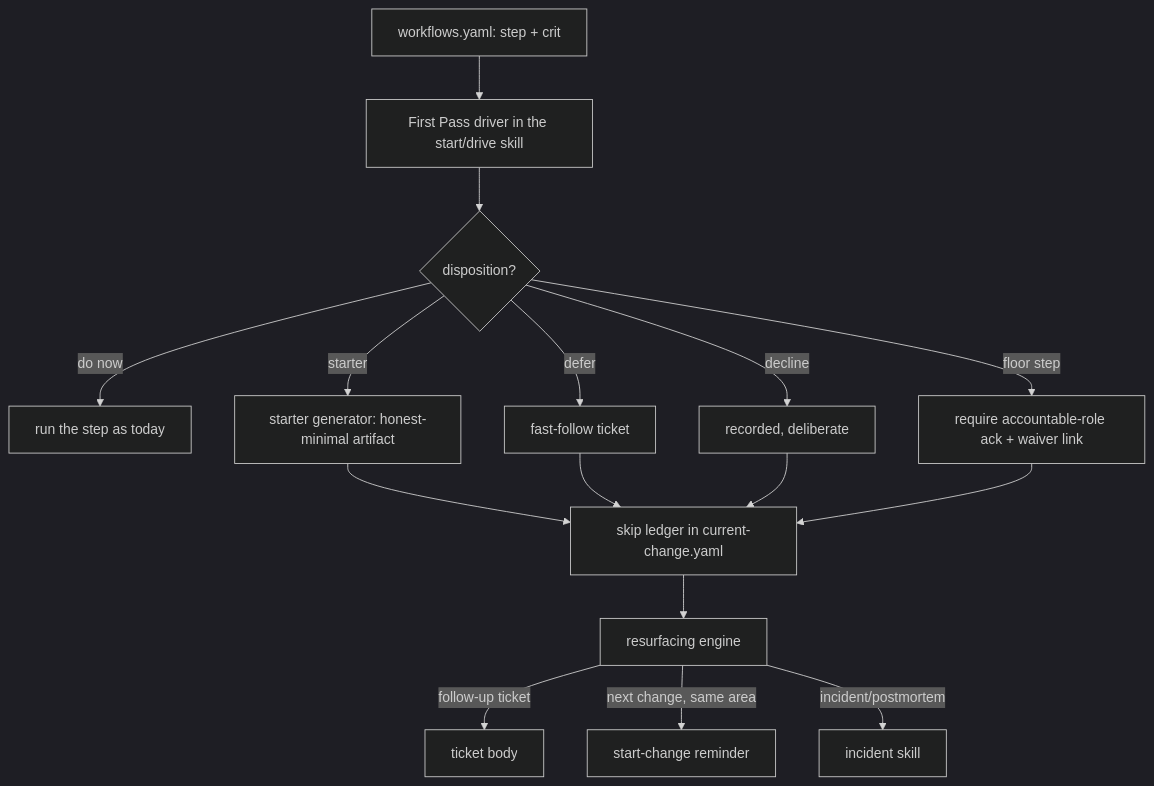
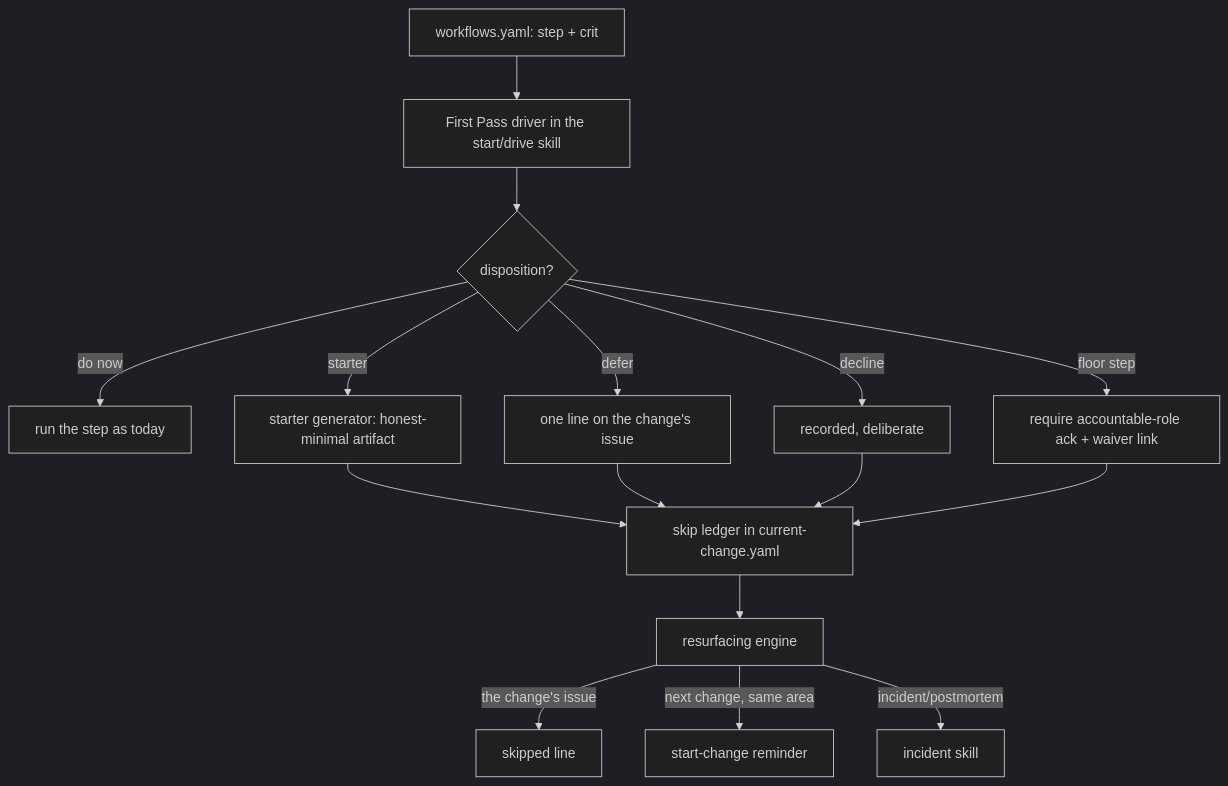
Before and after one commit to Prasad-Apparaju/hitl-dev-platform: the diagram in docs/design/first-pass/01-design.md, drawn with Mermaid (dark theme). The commit also changed other lines of this file and 12 other files, not shown here.

First line of the commit message:
fix(first-pass): review fixes for the skipped line (docs sweep, marker guard, exit-2 wording)

````diff
--- a/docs/design/first-pass/01-design.md
+++ b/docs/design/first-pass/01-design.md
@@ -37,18 +37,18 @@
 ```mermaid
 graph TD
   A[workflows.yaml: step + crit] --> B[First Pass driver in the start/drive skill]
   B --> C{disposition?}
   C -->|do now| D[run the step as today]
   C -->|starter| E[starter generator: honest-minimal artifact]
-  C -->|defer| F[fast-follow ticket]
+  C -->|defer| F[one line on the change's issue]
   C -->|decline| G[recorded, deliberate]
   C -->|floor step| H[require accountable-role ack + waiver link]
   E --> L[skip ledger in current-change.yaml]
   F --> L
   G --> L
   H --> L
   L --> R[resurfacing engine]
-  R -->|follow-up ticket| T1[ticket body]
+  R -->|the change's issue| T1[skipped line]
   R -->|next change, same area| T2[start-change reminder]
   R -->|incident/postmortem| T3[incident skill]
 ```
````
